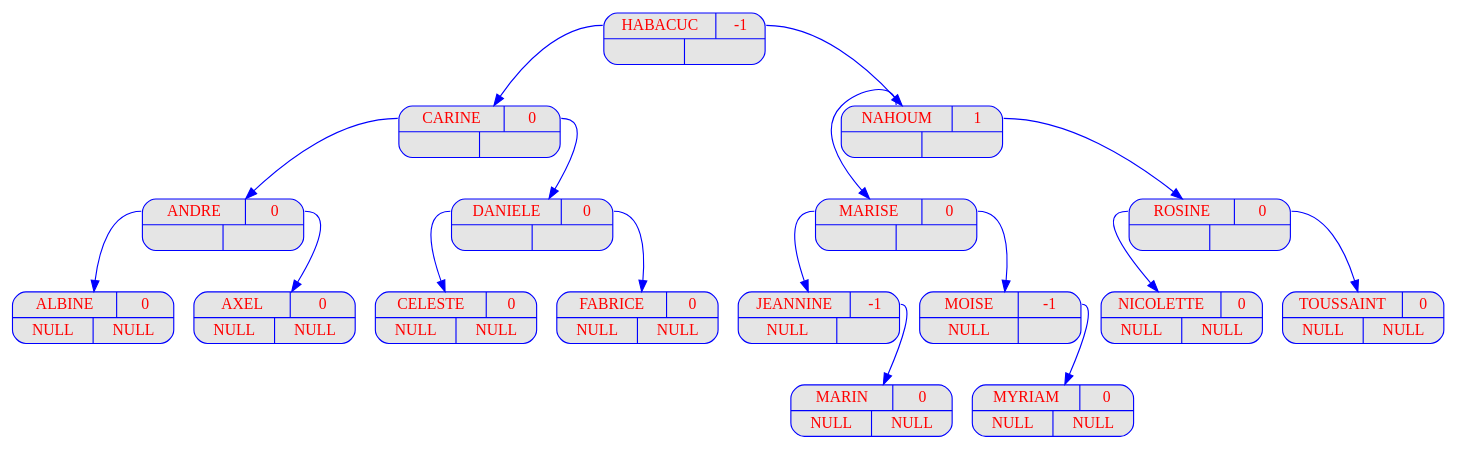
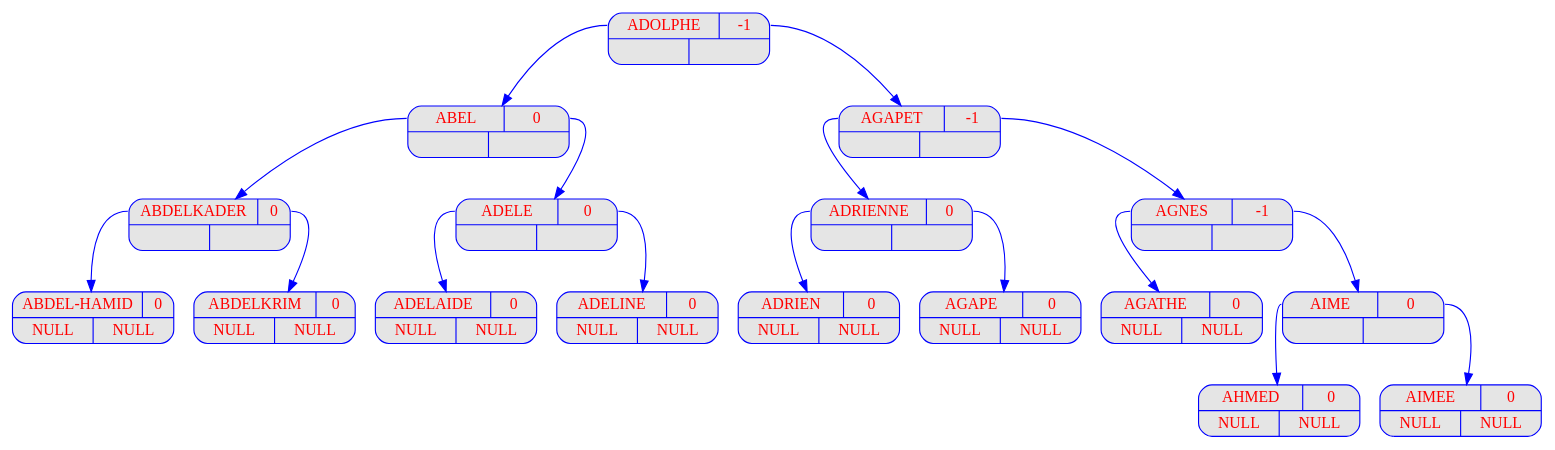
The diagram in output_Prog1/dot/displayAVL_v16.dot (FilRougeAAP/Fil_Rouge), drawn with Graphviz before and after one commit. The commit also changed 212 other files, not shown here.

```diff
--- a/output_Prog1/dot/displayAVL_v16.dot
+++ b/output_Prog1/dot/displayAVL_v16.dot
@@ -1,146 +1,59 @@
 digraph displayAVL {
 	node [
 		fontname  = "Arial bold" 
 		fontsize  = "14"
 		fontcolor = "red"
 		style     = "rounded, filled"
 		shape     = "record"
 		fillcolor = "grey90"
 		color     = "blue"
 		width     = "2"
 	]
 
 	edge [
 		color     = "blue"
 	]
 
-	HABACUC
- [label = "{{<g> HABACUC
- | <d> -1 } | { <g> | <d>}}"];
-	HABACUC
-:g -> CARINE
-;
-	CARINE
- [label = "{{<g> CARINE
- | <d> 0 } | { <g> | <d>}}"];
-	CARINE
-:g -> ANDRE
-;
-	ANDRE
- [label = "{{<g> ANDRE
- | <d> 0 } | { <g> | <d>}}"];
-	ANDRE
-:g -> ALBINE
-;
-	ALBINE
- [label = "{{<g> ALBINE
- | <d> 0 } | { <g> | <d>}}"];
-	ALBINE
- [label = "{{<g> ALBINE
- | <d> 0 }| { <g> NULL | <d> NULL}}"];
-	ANDRE
-:d -> AXEL
-;
-	AXEL
- [label = "{{<g> AXEL
- | <d> 0 } | { <g> | <d>}}"];
-	AXEL
- [label = "{{<g> AXEL
- | <d> 0 }| { <g> NULL | <d> NULL}}"];
-	CARINE
-:d -> DANIELE
-;
-	DANIELE
- [label = "{{<g> DANIELE
- | <d> 0 } | { <g> | <d>}}"];
-	DANIELE
-:g -> CELESTE
-;
-	CELESTE
- [label = "{{<g> CELESTE
- | <d> 0 } | { <g> | <d>}}"];
-	CELESTE
- [label = "{{<g> CELESTE
- | <d> 0 }| { <g> NULL | <d> NULL}}"];
-	DANIELE
-:d -> FABRICE
-;
-	FABRICE
- [label = "{{<g> FABRICE
- | <d> 0 } | { <g> | <d>}}"];
-	FABRICE
- [label = "{{<g> FABRICE
- | <d> 0 }| { <g> NULL | <d> NULL}}"];
-	HABACUC
-:d -> NAHOUM
-;
-	NAHOUM
- [label = "{{<g> NAHOUM
- | <d> 1 } | { <g> | <d>}}"];
-	NAHOUM
-:g -> MARISE
-;
-	MARISE
- [label = "{{<g> MARISE
- | <d> 0 } | { <g> | <d>}}"];
-	MARISE
-:g -> JEANNINE
-;
-	JEANNINE
- [label = "{{<g> JEANNINE
- | <d> -1 } | { <g> | <d>}}"];
-	JEANNINE
- [label = "{{<g> JEANNINE
- | <d> -1 }| { <g> NULL | <d> }}"];
-	JEANNINE
-:d -> MARIN
-;
-	MARIN
- [label = "{{<g> MARIN
- | <d> 0 } | { <g> | <d>}}"];
-	MARIN
- [label = "{{<g> MARIN
- | <d> 0 }| { <g> NULL | <d> NULL}}"];
-	MARISE
-:d -> MOISE
-;
-	MOISE
- [label = "{{<g> MOISE
- | <d> -1 } | { <g> | <d>}}"];
-	MOISE
- [label = "{{<g> MOISE
- | <d> -1 }| { <g> NULL | <d> }}"];
-	MOISE
-:d -> MYRIAM
-;
-	MYRIAM
- [label = "{{<g> MYRIAM
- | <d> 0 } | { <g> | <d>}}"];
-	MYRIAM
- [label = "{{<g> MYRIAM
- | <d> 0 }| { <g> NULL | <d> NULL}}"];
-	NAHOUM
-:d -> ROSINE
-;
-	ROSINE
- [label = "{{<g> ROSINE
- | <d> 0 } | { <g> | <d>}}"];
-	ROSINE
-:g -> NICOLETTE
-;
-	NICOLETTE
- [label = "{{<g> NICOLETTE
- | <d> 0 } | { <g> | <d>}}"];
-	NICOLETTE
- [label = "{{<g> NICOLETTE
- | <d> 0 }| { <g> NULL | <d> NULL}}"];
-	ROSINE
-:d -> TOUSSAINT
-;
-	TOUSSAINT
- [label = "{{<g> TOUSSAINT
- | <d> 0 } | { <g> | <d>}}"];
-	TOUSSAINT
- [label = "{{<g> TOUSSAINT
- | <d> 0 }| { <g> NULL | <d> NULL}}"];
+	"ADOLPHE" [label = "{{<g> ADOLPHE | <d> -1 } | { <g> | <d>}}"];
+	"ADOLPHE":g -> "ABEL";
+	"ABEL" [label = "{{<g> ABEL | <d> 0 } | { <g> | <d>}}"];
+	"ABEL":g -> "ABDELKADER";
+	"ABDELKADER" [label = "{{<g> ABDELKADER | <d> 0 } | { <g> | <d>}}"];
+	"ABDELKADER":g -> "ABDEL-HAMID";
+	"ABDEL-HAMID" [label = "{{<g> ABDEL-HAMID | <d> 0 } | { <g> | <d>}}"];
+	"ABDEL-HAMID" [label = "{{<g> ABDEL-HAMID | <d> 0 }| { <g> NULL | <d> NULL}}"];
+	"ABDELKADER":d -> "ABDELKRIM";
+	"ABDELKRIM" [label = "{{<g> ABDELKRIM | <d> 0 } | { <g> | <d>}}"];
+	"ABDELKRIM" [label = "{{<g> ABDELKRIM | <d> 0 }| { <g> NULL | <d> NULL}}"];
+	"ABEL":d -> "ADELE";
+	"ADELE" [label = "{{<g> ADELE | <d> 0 } | { <g> | <d>}}"];
+	"ADELE":g -> "ADELAIDE";
+	"ADELAIDE" [label = "{{<g> ADELAIDE | <d> 0 } | { <g> | <d>}}"];
+	"ADELAIDE" [label = "{{<g> ADELAIDE | <d> 0 }| { <g> NULL | <d> NULL}}"];
+	"ADELE":d -> "ADELINE";
+	"ADELINE" [label = "{{<g> ADELINE | <d> 0 } | { <g> | <d>}}"];
+	"ADELINE" [label = "{{<g> ADELINE | <d> 0 }| { <g> NULL | <d> NULL}}"];
+	"ADOLPHE":d -> "AGAPET";
+	"AGAPET" [label = "{{<g> AGAPET | <d> -1 } | { <g> | <d>}}"];
+	"AGAPET":g -> "ADRIENNE";
+	"ADRIENNE" [label = "{{<g> ADRIENNE | <d> 0 } | { <g> | <d>}}"];
+	"ADRIENNE":g -> "ADRIEN";
+	"ADRIEN" [label = "{{<g> ADRIEN | <d> 0 } | { <g> | <d>}}"];
+	"ADRIEN" [label = "{{<g> ADRIEN | <d> 0 }| { <g> NULL | <d> NULL}}"];
+	"ADRIENNE":d -> "AGAPE";
+	"AGAPE" [label = "{{<g> AGAPE | <d> 0 } | { <g> | <d>}}"];
+	"AGAPE" [label = "{{<g> AGAPE | <d> 0 }| { <g> NULL | <d> NULL}}"];
+	"AGAPET":d -> "AGNES";
+	"AGNES" [label = "{{<g> AGNES | <d> -1 } | { <g> | <d>}}"];
+	"AGNES":g -> "AGATHE";
+	"AGATHE" [label = "{{<g> AGATHE | <d> 0 } | { <g> | <d>}}"];
+	"AGATHE" [label = "{{<g> AGATHE | <d> 0 }| { <g> NULL | <d> NULL}}"];
+	"AGNES":d -> "AIME";
+	"AIME" [label = "{{<g> AIME | <d> 0 } | { <g> | <d>}}"];
+	"AIME":g -> "AHMED";
+	"AHMED" [label = "{{<g> AHMED | <d> 0 } | { <g> | <d>}}"];
+	"AHMED" [label = "{{<g> AHMED | <d> 0 }| { <g> NULL | <d> NULL}}"];
+	"AIME":d -> "AIMEE";
+	"AIMEE" [label = "{{<g> AIMEE | <d> 0 } | { <g> | <d>}}"];
+	"AIMEE" [label = "{{<g> AIMEE | <d> 0 }| { <g> NULL | <d> NULL}}"];
 }
```
